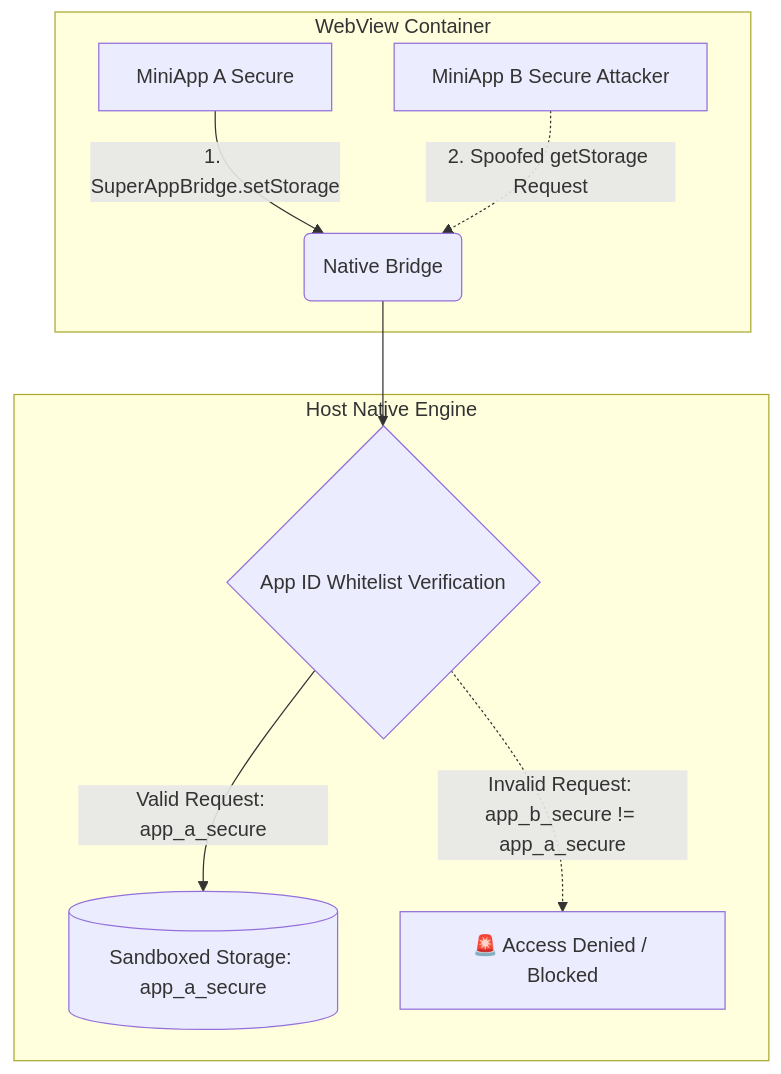
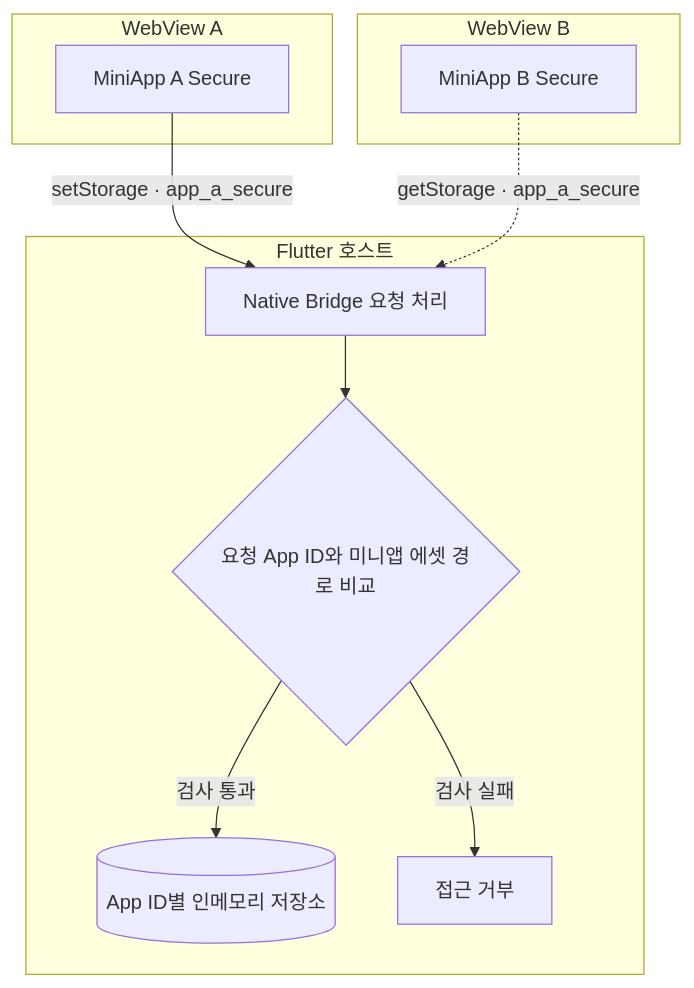
The diagram in README.md (cheonmandack/superapp-miniapp-security), drawn with Mermaid before and after one commit. The commit also changed other lines of this file, not shown here.

````diff
--- a/README.md
+++ b/README.md
@@ -40,13 +48,24 @@
 ```mermaid
 graph TD
-    subgraph WebView Container
-        A[MiniApp A Secure] -->|1. SuperAppBridge.setStorage| B(Native Bridge)
-        C[MiniApp B Secure Attacker] -.->|2. Spoofed getStorage Request| B
+    subgraph WA["WebView A"]
+        A["MiniApp A Secure"]
     end
-    
-    subgraph Host Native Engine
-        B --> D{App ID Whitelist Verification}
-        D -->|Valid Request: app_a_secure| E[(Sandboxed Storage: app_a_secure)]
-        D -.->|Invalid Request: app_b_secure != app_a_secure| F[🚨 Access Denied / Blocked]
+
+    subgraph WB["WebView B"]
+        B["MiniApp B Secure"]
     end
+
+    subgraph HOST["Flutter 호스트"]
+        C["Native Bridge 요청 처리"]
+        D{"요청 App ID와 미니앱 에셋 경로 비교"}
+        E[("App ID별 인메모리 저장소")]
+        F["접근 거부"]
+
+        C --> D
+        D -->|"검사 통과"| E
+        D -->|"검사 실패"| F
+    end
+
+    A -->|"setStorage · app_a_secure"| C
+    B -.->|"getStorage · app_a_secure"| C
 ```
````
